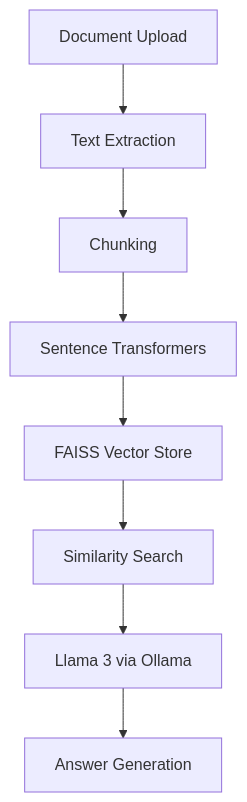
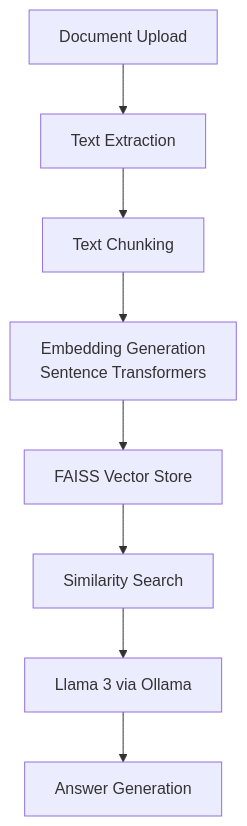
The diagram in README.md (Prashantbadgujjar/DocMindAI), drawn with Mermaid before and after one commit.

Commit message:
Fix mermaid syntax in architecture diagram

````diff
--- a/README.md
+++ b/README.md
@@ -27,10 +27,10 @@
 ```mermaid
-graph TD
+flowchart TD
     A[Document Upload] --> B[Text Extraction]
-    B --> C[Chunking]
-    C --> D[Sentence Transformers]
+    B --> C[Text Chunking]
+    C --> D[Embedding Generation<br/>Sentence Transformers]
     D --> E[FAISS Vector Store]
     E --> F[Similarity Search]
     F --> G[Llama 3 via Ollama]
     G --> H[Answer Generation]
 ```
````
